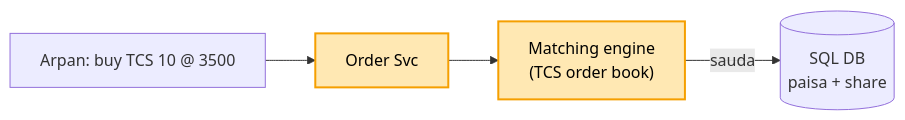
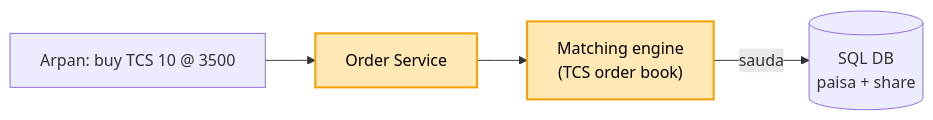
The first of 8 diagrams in 04_HLD/SYSTEM_DESIGNS/05_stock_broker_trading/05_stock_broker_trading.md (ArpanMaheshwari144/Prep), drawn with Mermaid before and after one commit. The commit also changed other lines of this file and 8 other files, not shown here.

````diff
--- a/04_HLD/SYSTEM_DESIGNS/05_stock_broker_trading/05_stock_broker_trading.md
+++ b/04_HLD/SYSTEM_DESIGNS/05_stock_broker_trading/05_stock_broker_trading.md
@@ -65,8 +65,8 @@
 ```mermaid
 flowchart LR
-    U["Arpan: buy TCS 10 @ 3500"] --> O["Order Svc"]
+    U["Arpan: buy TCS 10 @ 3500"] --> O["Order Service"]
     O --> M["Matching engine<br/>(TCS order book)"]
     M -- "sauda" --> D[("SQL DB<br/>paisa + share")]
     style O fill:#ffe8b3,stroke:#f59f00,stroke-width:2px,color:#000
     style M fill:#ffe8b3,stroke:#f59f00,stroke-width:2px,color:#000
 ```
````
